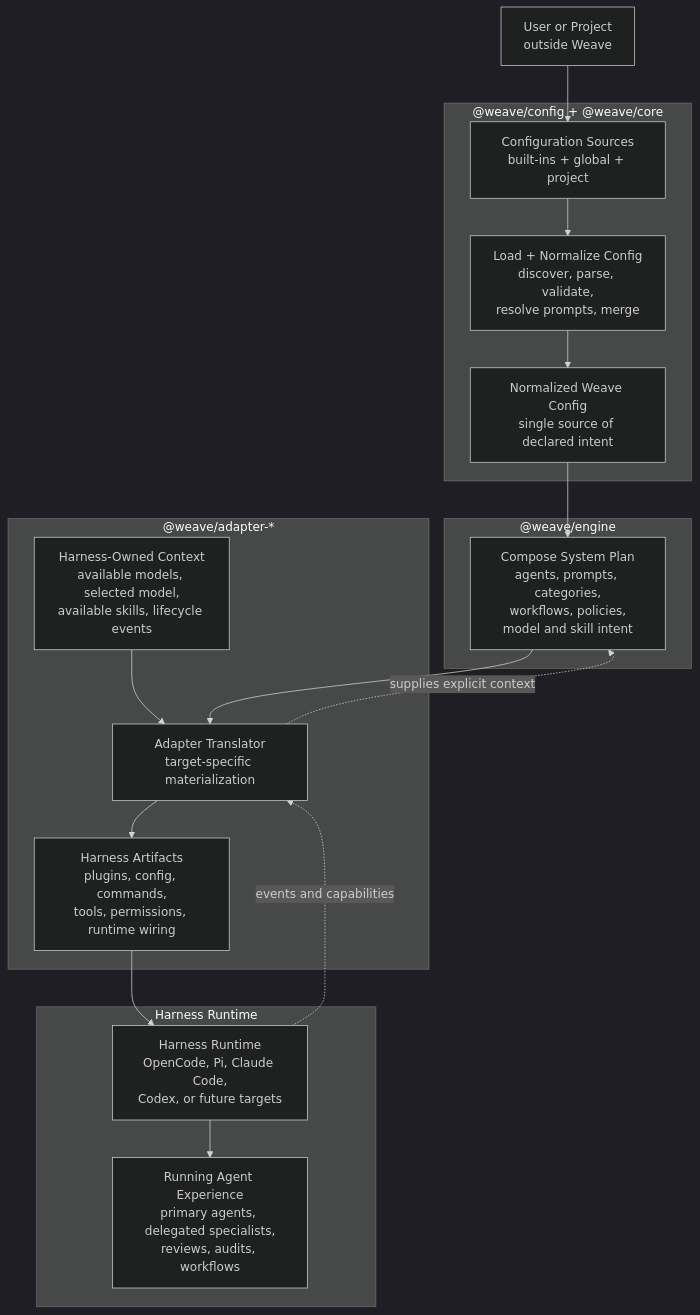
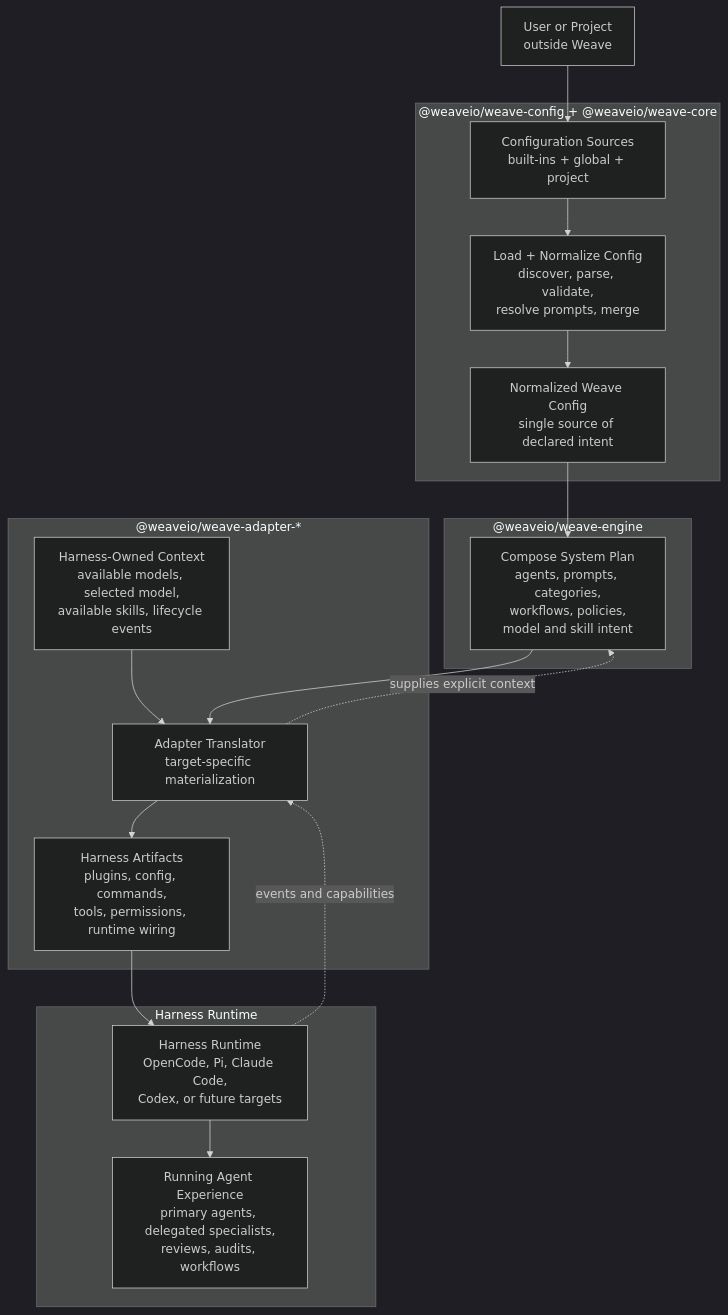
The diagram in docs/system-architecture.md (weave-io/weave), drawn with Mermaid (dark theme) before and after one commit. The commit also changed other lines of this file and 246 other files, not shown here.

First line of the commit message:
chore: rename to @weaveio/weave-*, add npm publish pipeline (#106)

````diff
--- a/docs/system-architecture.md
+++ b/docs/system-architecture.md
@@ -17,35 +17,35 @@
 ```mermaid
 flowchart TD
   User[User or Project<br/>outside Weave]
 
-  subgraph ConfigPackages["@weave/config + @weave/core"]
+  subgraph ConfigPackages["@weaveio/weave-config + @weaveio/weave-core"]
     ConfigSources[Configuration Sources<br/>built-ins + global + project]
     ConfigLayer[Load + Normalize Config<br/>discover, parse, validate,<br/>resolve prompts, merge]
     NormalizedConfig[Normalized Weave Config<br/>single source of declared intent]
     ConfigSources --> ConfigLayer --> NormalizedConfig
   end
 
-  subgraph EnginePackage["@weave/engine"]
+  subgraph EnginePackage["@weaveio/weave-engine"]
     Engine[Compose System Plan<br/>agents, prompts, categories,<br/>workflows, policies,<br/>model and skill intent]
   end
 
-  subgraph AdapterPackage["@weave/adapter-*"]
+  subgraph AdapterPackage["@weaveio/weave-adapter-*"]
     HarnessContext[Harness-Owned Context<br/>available models, selected model,<br/>available skills, lifecycle events]
     Adapter[Adapter Translator<br/>target-specific materialization]
     HarnessArtifacts[Harness Artifacts<br/>plugins, config, commands,<br/>tools, permissions, runtime wiring]
     HarnessContext --> Adapter --> HarnessArtifacts
   end
 
   subgraph HarnessLayer["Harness Runtime"]
     Harness[Harness Runtime<br/>OpenCode, Pi, Claude Code,<br/>Codex, or future targets]
     RunningAgents[Running Agent Experience<br/>primary agents, delegated specialists,<br/>reviews, audits, workflows]
     Harness --> RunningAgents
   end
 
   User --> ConfigSources
   NormalizedConfig --> Engine
   Engine --> Adapter
   Adapter -. supplies explicit context .-> Engine
   HarnessArtifacts --> Harness
   Harness -. events and capabilities .-> Adapter
 ```
````
